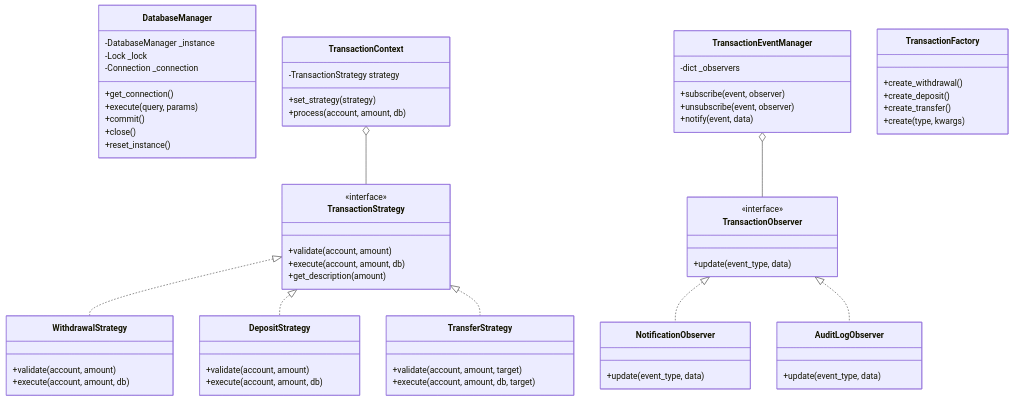
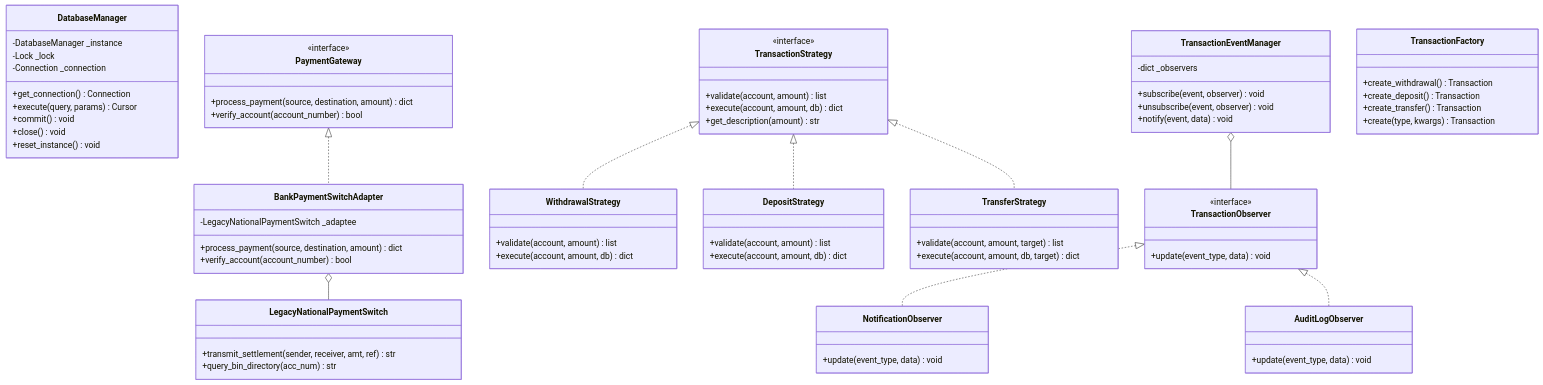
The second of 2 diagrams in README.md (EyaminH/ATM-Transaction-System), drawn with Mermaid before and after one commit. The commit also changed other lines of this file and 1 other file, not shown here.

```diff
--- a/README.md
+++ b/README.md
@@ -92,72 +116,84 @@
         -DatabaseManager _instance
         -Lock _lock
         -Connection _connection
-        +get_connection()
-        +execute(query, params)
-        +commit()
-        +close()
-        +reset_instance()
+        +get_connection() Connection
+        +execute(query, params) Cursor
+        +commit() void
+        +close() void
+        +reset_instance() void
+    }
+
+    class PaymentGateway {
+        <<interface>>
+        +process_payment(source, destination, amount) dict
+        +verify_account(account_number) bool
+    }
+
+    class LegacyNationalPaymentSwitch {
+        +transmit_settlement(sender, receiver, amt, ref) str
+        +query_bin_directory(acc_num) str
+    }
+
+    class BankPaymentSwitchAdapter {
+        -LegacyNationalPaymentSwitch _adaptee
+        +process_payment(source, destination, amount) dict
+        +verify_account(account_number) bool
     }
 
     class TransactionStrategy {
         <<interface>>
-        +validate(account, amount)
-        +execute(account, amount, db)
-        +get_description(amount)
+        +validate(account, amount) list
+        +execute(account, amount, db) dict
+        +get_description(amount) str
     }
 
     class WithdrawalStrategy {
-        +validate(account, amount)
-        +execute(account, amount, db)
+        +validate(account, amount) list
+        +execute(account, amount, db) dict
     }
 
     class DepositStrategy {
-        +validate(account, amount)
-        +execute(account, amount, db)
+        +validate(account, amount) list
+        +execute(account, amount, db) dict
     }
 
     class TransferStrategy {
-        +validate(account, amount, target)
-        +execute(account, amount, db, target)
-    }
-
-    class TransactionContext {
-        -TransactionStrategy strategy
-        +set_strategy(strategy)
-        +process(account, amount, db)
+        +validate(account, amount, target) list
+        +execute(account, amount, db, target) dict
     }
 
     class TransactionObserver {
         <<interface>>
-        +update(event_type, data)
+        +update(event_type, data) void
     }
 
     class NotificationObserver {
-        +update(event_type, data)
+        +update(event_type, data) void
     }
 
     class AuditLogObserver {
-        +update(event_type, data)
+        +update(event_type, data) void
     }
 
     class TransactionEventManager {
         -dict _observers
-        +subscribe(event, observer)
-        +unsubscribe(event, observer)
-        +notify(event, data)
+        +subscribe(event, observer) void
+        +unsubscribe(event, observer) void
+        +notify(event, data) void
     }
 
     class TransactionFactory {
-        +create_withdrawal()
-        +create_deposit()
-        +create_transfer()
-        +create(type, kwargs)
+        +create_withdrawal() Transaction
+        +create_deposit() Transaction
+        +create_transfer() Transaction
+        +create(type, kwargs) Transaction
     }
 
+    PaymentGateway <|.. BankPaymentSwitchAdapter
+    BankPaymentSwitchAdapter o-- LegacyNationalPaymentSwitch
     TransactionStrategy <|.. WithdrawalStrategy
     TransactionStrategy <|.. DepositStrategy
     TransactionStrategy <|.. TransferStrategy
-    TransactionContext o-- TransactionStrategy
     TransactionObserver <|.. NotificationObserver
     TransactionObserver <|.. AuditLogObserver
     TransactionEventManager o-- TransactionObserver
```
